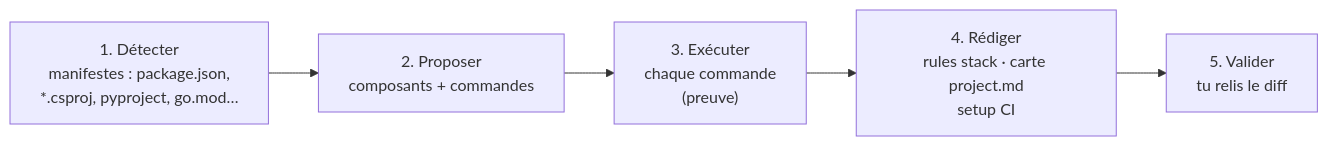
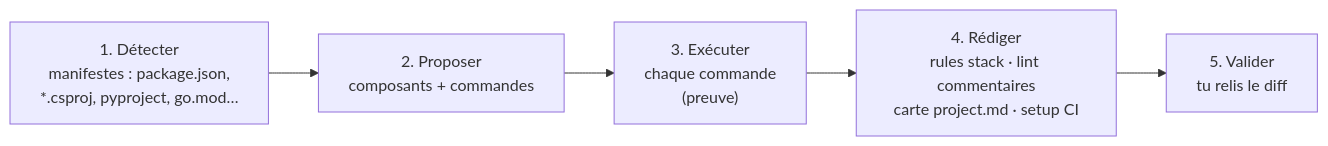
One commit to PatayEnCroute/Harness changed the second of 4 diagrams in docs/PLAN.md. Above: the diagram before and after it, drawn with Mermaid. The commit also changed other lines of this file and 9 other files, not shown here.

````diff
--- a/docs/PLAN.md
+++ b/docs/PLAN.md
@@ -134,7 +134,7 @@
 ```mermaid
 flowchart LR
   D["1. Détecter<br/>manifestes : package.json,<br/>*.csproj, pyproject, go.mod…"] --> C["2. Proposer<br/>composants + commandes"]
   C --> X["3. Exécuter<br/>chaque commande<br/>(preuve)"]
-  X --> R["4. Rédiger<br/>rules stack · carte project.md<br/>setup CI"]
+  X --> R["4. Rédiger<br/>rules stack · lint commentaires<br/>carte project.md · setup CI"]
   R --> V["5. Valider<br/>tu relis le diff"]
 ```
````
